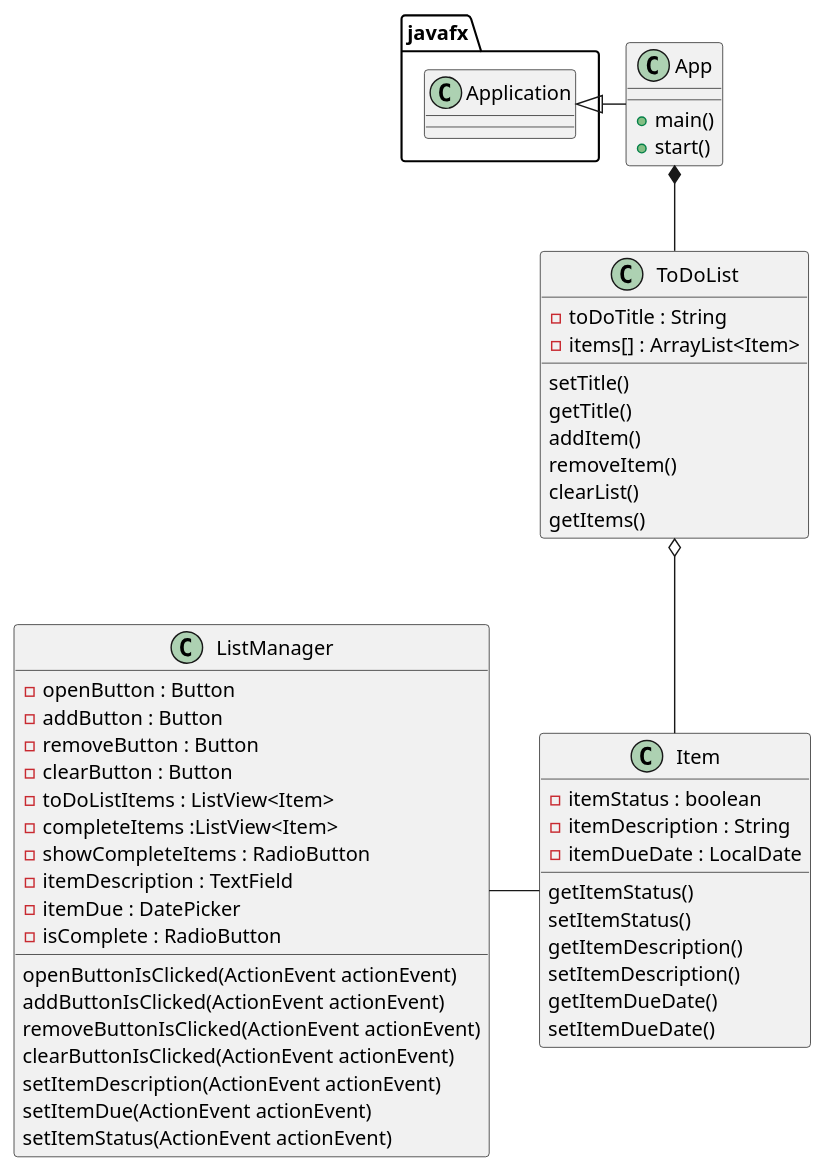
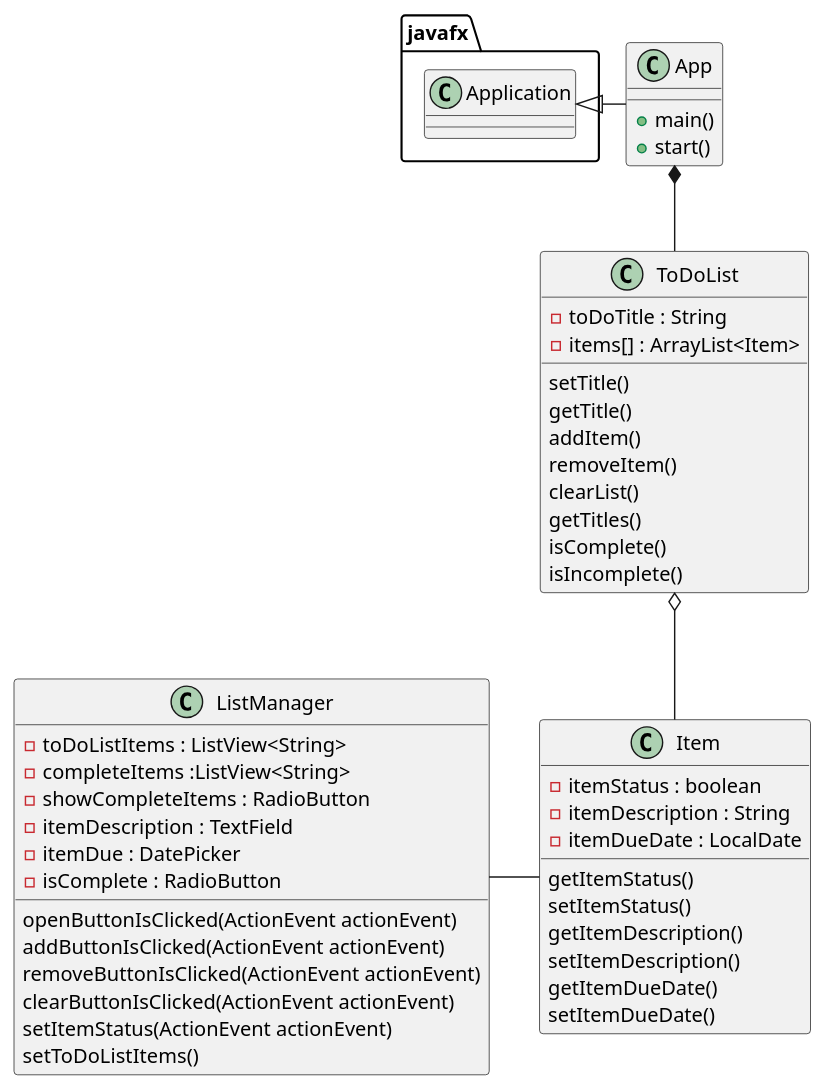
One commit to nick-vigg/Viggiani-COP3330-assignment4part2 changed the diagram in PUML/Assignment4.puml. Above: the diagram before and after it, drawn with PlantUML. The commit also changed 8 other files, not shown here.

```diff
--- a/PUML/Assignment4.puml
+++ b/PUML/Assignment4.puml
@@ -1,63 +1,60 @@
 @startuml
 'https://plantuml.com/class-diagram
 
 
 
 class App {
 + main()
 + start()
 }
 
 class ToDoList {
 - toDoTitle : String
 - items[] : ArrayList<Item>
 
 setTitle()
 getTitle()
 addItem()
 removeItem()
 clearList()
-getItems()
+getTitles()
+isComplete()
+isIncomplete()
 }
 
 class Item {
 - itemStatus : boolean
 - itemDescription : String
 - itemDueDate : LocalDate
 
 getItemStatus()
 setItemStatus()
 getItemDescription()
 setItemDescription()
 getItemDueDate()
 setItemDueDate()
 }
 
 class ListManager {
-- openButton : Button
-- addButton : Button
-- removeButton : Button
-- clearButton : Button
-- toDoListItems : ListView<Item>
-- completeItems :ListView<Item>
+- toDoListItems : ListView<String>
+- completeItems :ListView<String>
 - showCompleteItems : RadioButton
 - itemDescription : TextField
 - itemDue : DatePicker
 - isComplete : RadioButton
 
 openButtonIsClicked(ActionEvent actionEvent)
 addButtonIsClicked(ActionEvent actionEvent)
 removeButtonIsClicked(ActionEvent actionEvent)
 clearButtonIsClicked(ActionEvent actionEvent)
-setItemDescription(ActionEvent actionEvent)
-setItemDue(ActionEvent actionEvent)
 setItemStatus(ActionEvent actionEvent)
+setToDoListItems()
 }
 
 javafx.Application <|- App
 App *-- ToDoList
 ToDoList o-- Item
 ListManager - Item
 
 
 @enduml
```
